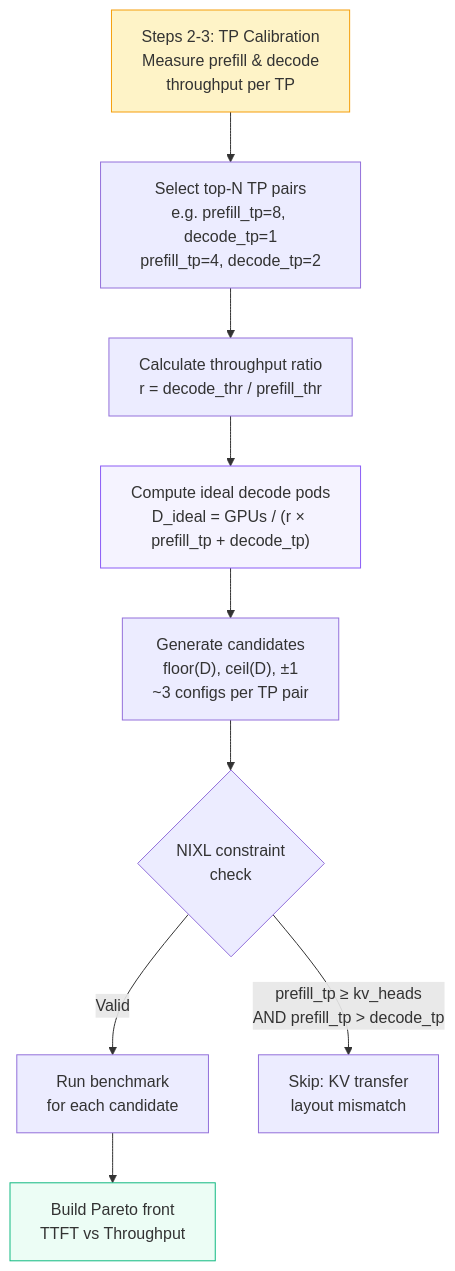
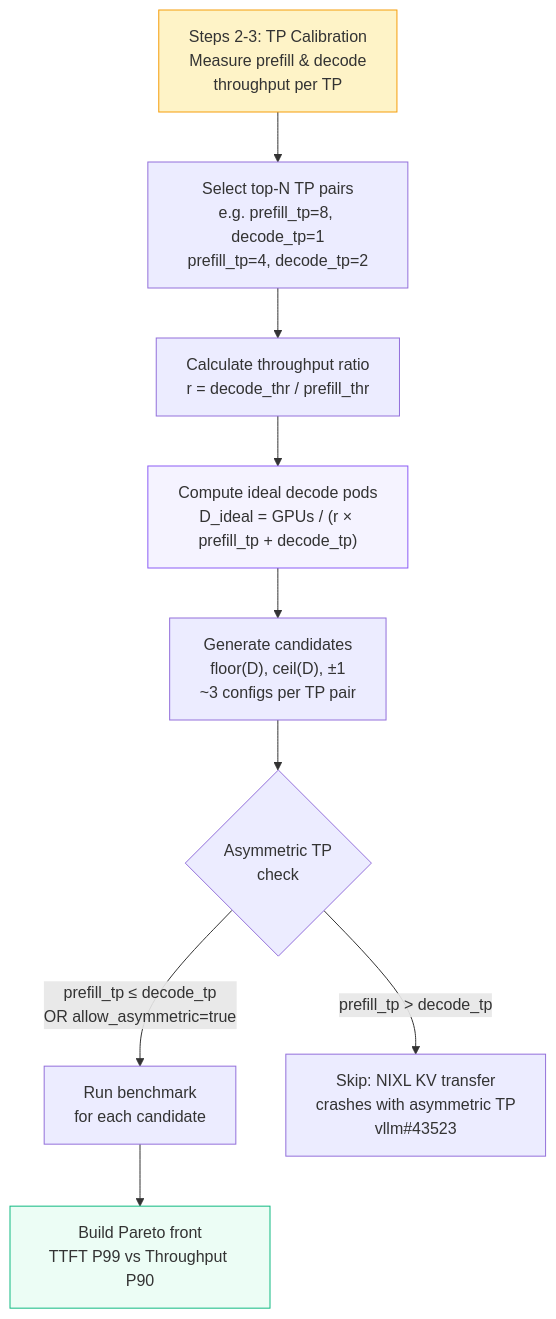
Before and after one commit to openshift-psap/serveit-studio: the third of 13 diagrams in docs/diagrams.md, drawn with Mermaid. The commit also changed other lines of this file, not shown here.

First line of the commit message:
Update diagrams.md with recent changes

````diff
--- a/docs/diagrams.md
+++ b/docs/diagrams.md
@@ -97,24 +97,24 @@
 ```mermaid
 flowchart TD
     CAL[Steps 2-3: TP Calibration<br>Measure prefill & decode<br>throughput per TP] --> PAIRS
 
     PAIRS[Select top-N TP pairs<br>e.g. prefill_tp=8, decode_tp=1<br>prefill_tp=4, decode_tp=2] --> RATIO
 
     RATIO[Calculate throughput ratio<br>r = decode_thr / prefill_thr] --> IDEAL
 
     IDEAL["Compute ideal decode pods<br>D_ideal = GPUs / (r × prefill_tp + decode_tp)"] --> CANDIDATES
 
     CANDIDATES["Generate candidates<br>floor(D), ceil(D), ±1<br>~3 configs per TP pair"] --> NIXL
 
-    NIXL{NIXL constraint<br>check}
-    NIXL -->|Valid| TEST
-    NIXL -->|"prefill_tp ≥ kv_heads<br>AND prefill_tp > decode_tp"| SKIP[Skip: KV transfer<br>layout mismatch]
+    NIXL{Asymmetric TP<br>check}
+    NIXL -->|"prefill_tp ≤ decode_tp<br>OR allow_asymmetric=true"| TEST
+    NIXL -->|"prefill_tp > decode_tp"| SKIP[Skip: NIXL KV transfer<br>crashes with asymmetric TP<br>vllm#43523]
 
     TEST[Run benchmark<br>for each candidate] --> PARETO
 
-    PARETO[Build Pareto front<br>TTFT vs Throughput]
+    PARETO[Build Pareto front<br>TTFT P99 vs Throughput P90]
 
     style CAL fill:#fef3c7,stroke:#f59e0b
     style IDEAL fill:#f5f3ff,stroke:#8b5cf6
     style PARETO fill:#ecfdf5,stroke:#10b981
 ```
````
